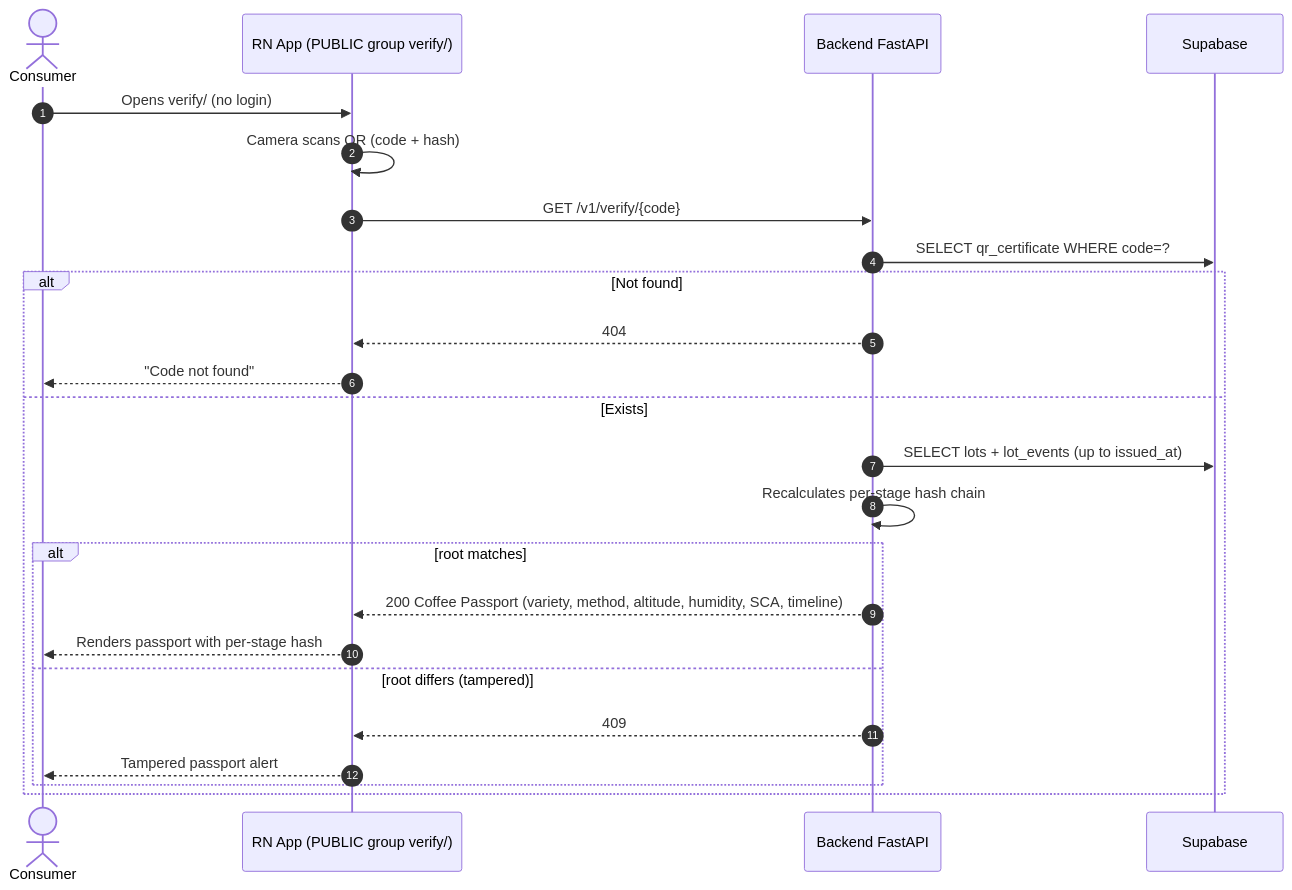
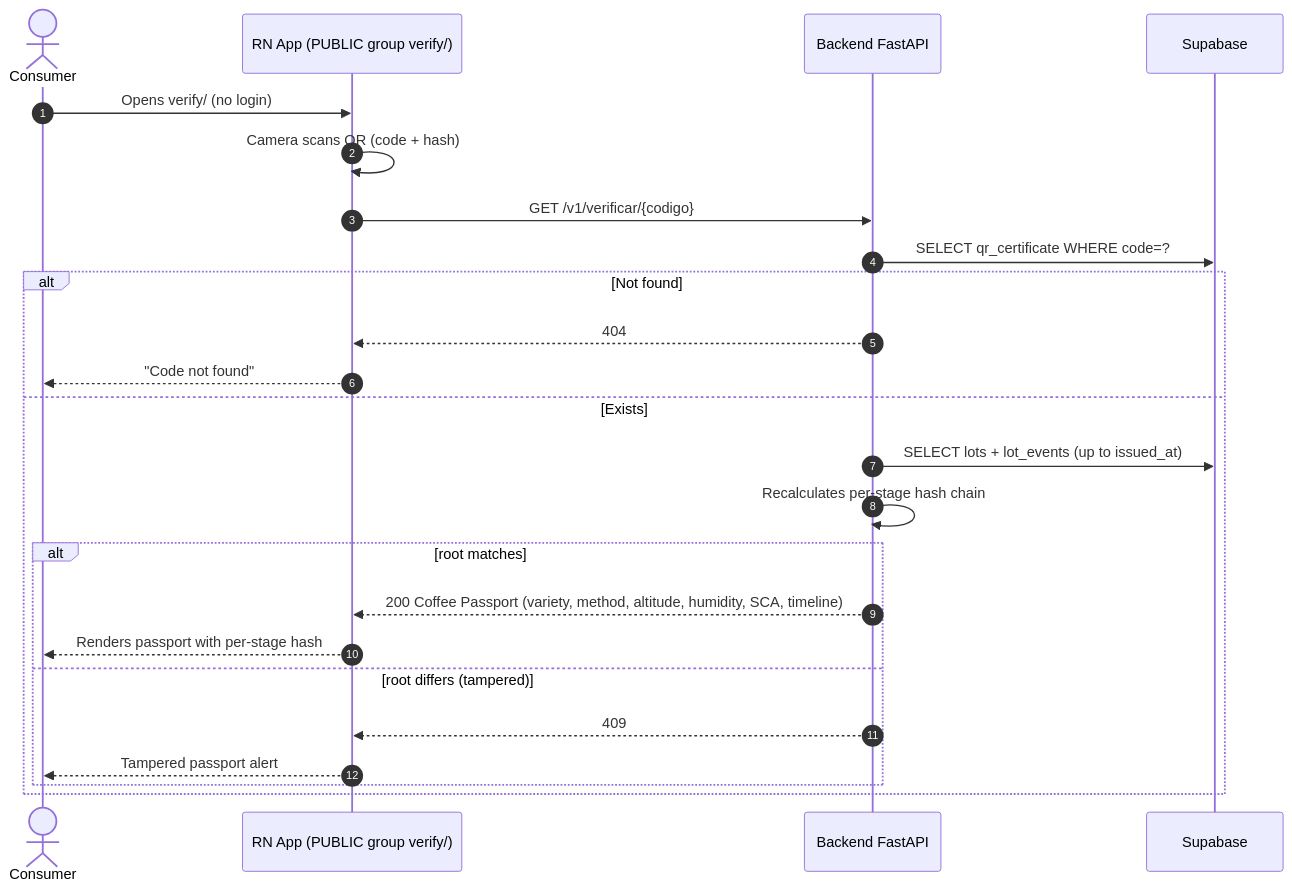
The tenth of 11 diagrams in docs/ARCHITECTURE.en.md (FerLpz55/BeanTrust), drawn with Mermaid before and after one commit. The commit also changed other lines of this file and 9 other files, not shown here.

````diff
--- a/docs/ARCHITECTURE.en.md
+++ b/docs/ARCHITECTURE.en.md
@@ -950,27 +1000,27 @@
 ```mermaid
 sequenceDiagram
     autonumber
     actor Con as Consumer
     participant App as RN App (PUBLIC group verify/)
     participant API as Backend FastAPI
     participant DB as Supabase
 
     Con->>App: Opens verify/ (no login)
     App->>App: Camera scans QR (code + hash)
-    App->>API: GET /v1/verify/{code}
+    App->>API: GET /v1/verificar/{codigo}
     API->>DB: SELECT qr_certificate WHERE code=?
     alt Not found
         API-->>App: 404
         App-->>Con: "Code not found"
     else Exists
         API->>DB: SELECT lots + lot_events (up to issued_at)
         API->>API: Recalculates per-stage hash chain
         alt root matches
             API-->>App: 200 Coffee Passport (variety, method, altitude, humidity, SCA, timeline)
             App-->>Con: Renders passport with per-stage hash
         else root differs (tampered)
             API-->>App: 409
             App-->>Con: Tampered passport alert
         end
     end
 ```
````
